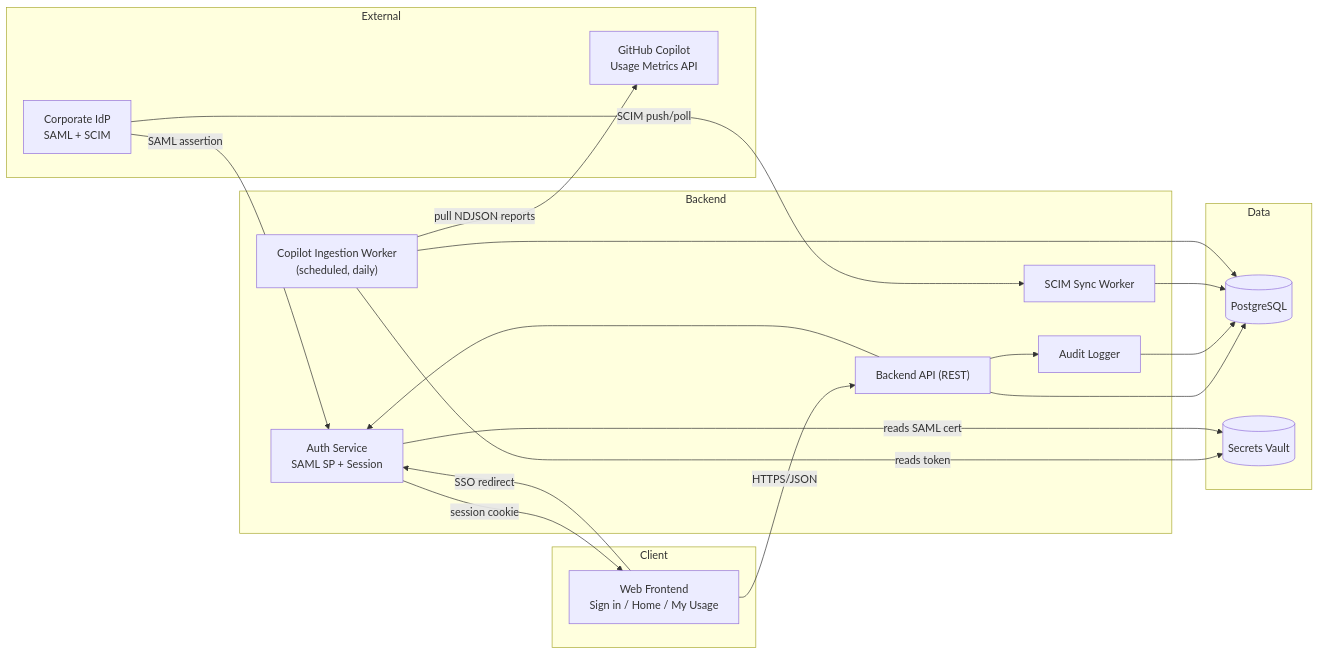
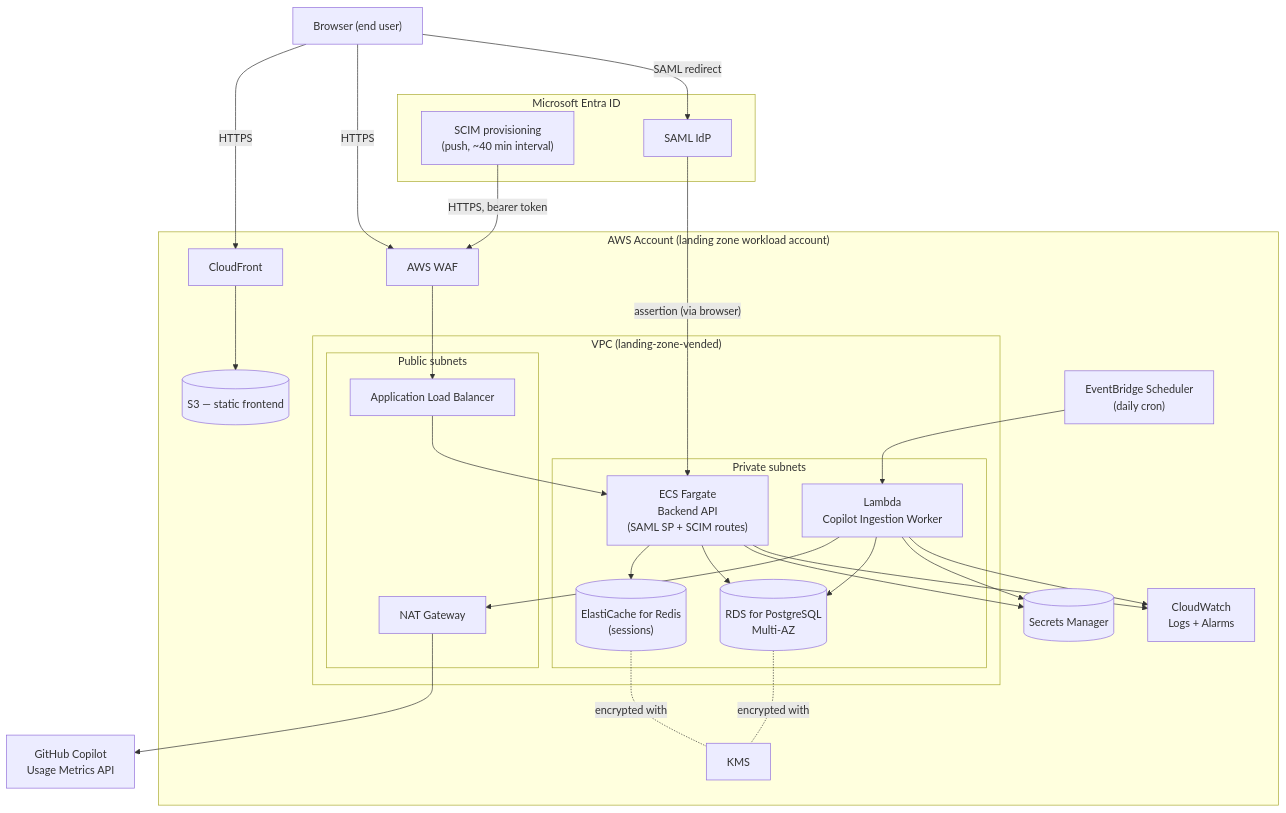
Before and after one commit to dafnaelkayam-cyber/dafnas-repository: the diagram in ARCHITECTURE.md, drawn with Mermaid. The commit also changed other lines of this file, not shown here.

First line of the commit message:
Resolve Phase 1 architecture to AWS + Entra ID + Redis

````diff
--- a/ARCHITECTURE.md
+++ b/ARCHITECTURE.md
@@ -7,39 +9,50 @@
 ```mermaid
-flowchart LR
-    subgraph External
-        IdP["Corporate IdP\nSAML + SCIM"]
-        GH["GitHub Copilot\nUsage Metrics API"]
+flowchart TB
+    subgraph Entra["Microsoft Entra ID"]
+        SCIMPush["SCIM provisioning\n(push, ~40 min interval)"]
+        SAMLIdp["SAML IdP"]
+    end
+    GH["GitHub Copilot\nUsage Metrics API"]
+    Browser["Browser (end user)"]
+
+    subgraph AWSAccount["AWS Account (landing zone workload account)"]
+        WAF["AWS WAF"]
+        CF["CloudFront"]
+        S3[("S3 — static frontend")]
+
+        subgraph VPC["VPC (landing-zone-vended)"]
+            subgraph Pub["Public subnets"]
+                ALB["Application Load Balancer"]
+                NAT["NAT Gateway"]
+            end
+            subgraph Priv["Private subnets"]
+                ECS["ECS Fargate\nBackend API\n(SAML SP + SCIM routes)"]
+                REDIS[("ElastiCache for Redis\n(sessions)")]
+                RDS[("RDS for PostgreSQL\nMulti-AZ")]
+                LambdaIngest["Lambda\nCopilot Ingestion Worker"]
+            end
+        end
+
+        EventBridge["EventBridge Scheduler\n(daily cron)"]
+        SecretsMgr[("Secrets Manager")]
+        KMS["KMS"]
+        CW["CloudWatch\nLogs + Alarms"]
     end
 
-    subgraph Client
-        FE["Web Frontend\nSign in / Home / My Usage"]
-    end
-
-    subgraph Backend
-        AUTH["Auth Service\nSAML SP + Session"]
-        API["Backend API (REST)"]
-        SCIMW["SCIM Sync Worker"]
-        INGEST["Copilot Ingestion Worker\n(scheduled, daily)"]
-        AUDIT["Audit Logger"]
-    end
-
-    subgraph Data
-        DB[("PostgreSQL")]
-        VAULT[("Secrets Vault")]
-    end
-
-    IdP -- "SAML assertion" --> AUTH
-    IdP -- "SCIM push/poll" --> SCIMW
-    FE -- "SSO redirect" --> AUTH
-    AUTH -- "session cookie" --> FE
-    FE -- "HTTPS/JSON" --> API
-    API --> AUTH
-    API --> DB
-    API --> AUDIT
-    AUDIT --> DB
-    SCIMW --> DB
-    INGEST -- "reads token" --> VAULT
-    INGEST -- "pull NDJSON reports" --> GH
-    INGEST --> DB
-    AUTH -- "reads SAML cert" --> VAULT
+    Browser -- HTTPS --> CF --> S3
+    Browser -- HTTPS --> WAF --> ALB --> ECS
+    Browser -- SAML redirect --> SAMLIdp
+    SAMLIdp -- assertion (via browser) --> ECS
+    SCIMPush -- "HTTPS, bearer token" --> WAF
+    ECS --> REDIS
+    ECS --> RDS
+    EventBridge --> LambdaIngest
+    LambdaIngest --> NAT --> GH
+    LambdaIngest --> RDS
+    ECS --> SecretsMgr
+    LambdaIngest --> SecretsMgr
+    RDS -.encrypted with.- KMS
+    REDIS -.encrypted with.- KMS
+    ECS --> CW
+    LambdaIngest --> CW
 ```
````
